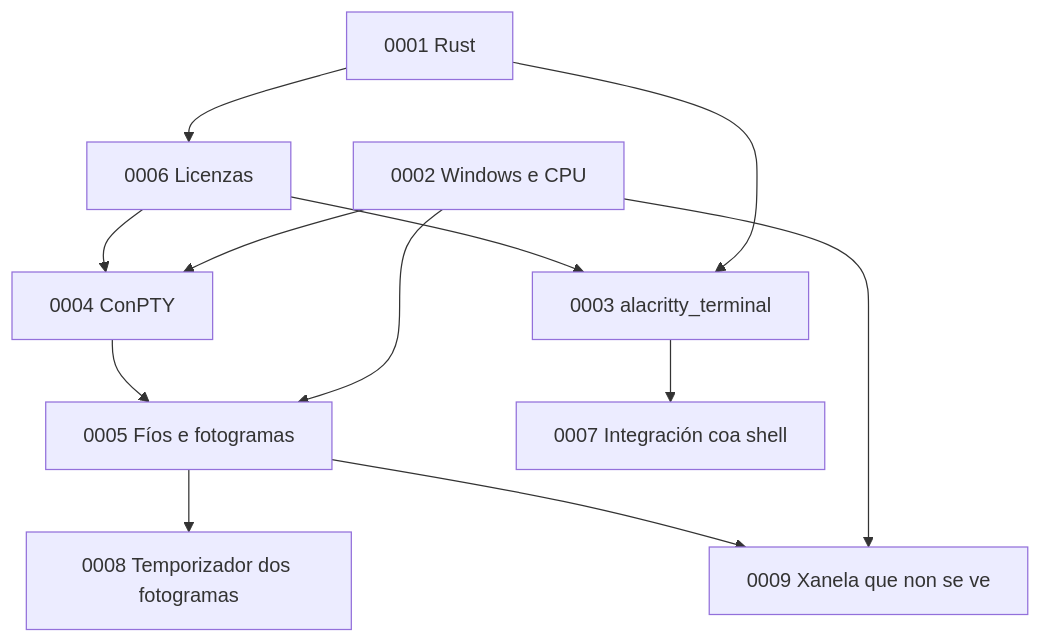
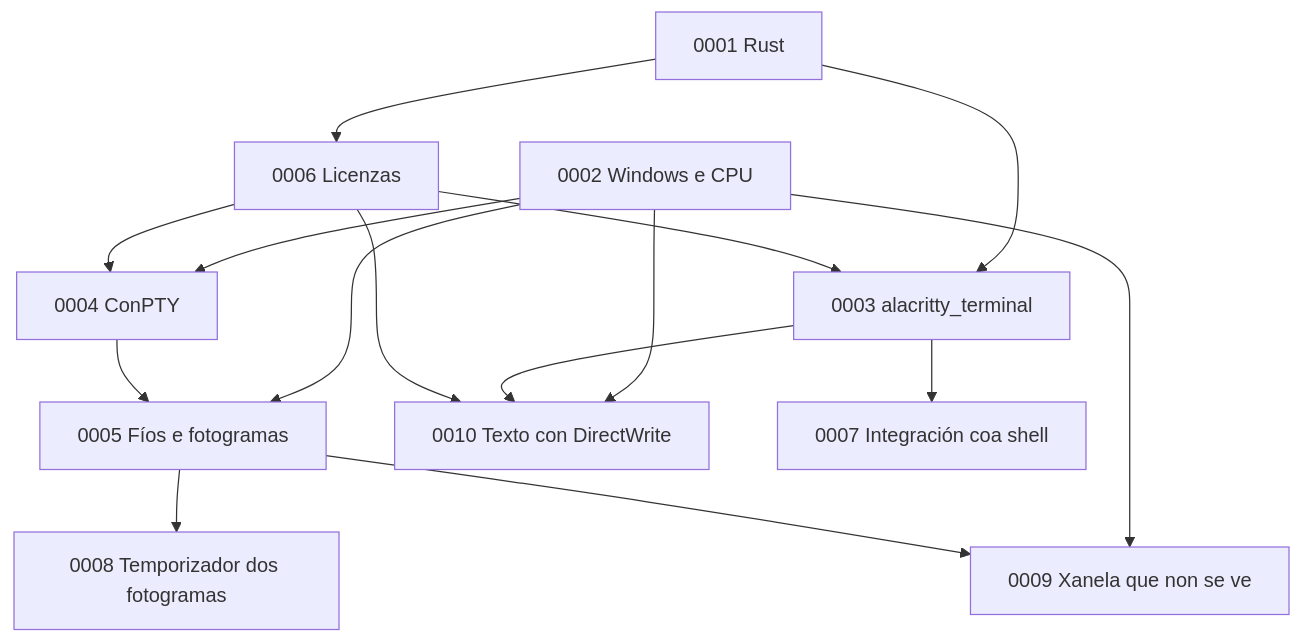
Before and after one commit to NewHouses/meiga: the diagram in docs/adr/README.md, drawn with Mermaid. The commit also changed other lines of this file and 37 other files, not shown here.

````diff
--- a/docs/adr/README.md
+++ b/docs/adr/README.md
@@ -30,14 +31,17 @@
 ```mermaid
 graph TD
     A1["0001 Rust"] --> A3["0003 alacritty_terminal"]
     A1 --> A6["0006 Licenzas"]
     A2["0002 Windows e CPU"] --> A4["0004 ConPTY"]
     A2 --> A5["0005 Fíos e fotogramas"]
     A2 --> A9["0009 Xanela que non se ve"]
+    A2 --> A10["0010 Texto con DirectWrite"]
     A3 --> A7["0007 Integración coa shell"]
+    A3 --> A10
     A4 --> A5
     A5 --> A8["0008 Temporizador dos fotogramas"]
     A5 --> A9
     A6 --> A3
     A6 --> A4
+    A6 --> A10
 ```
````
